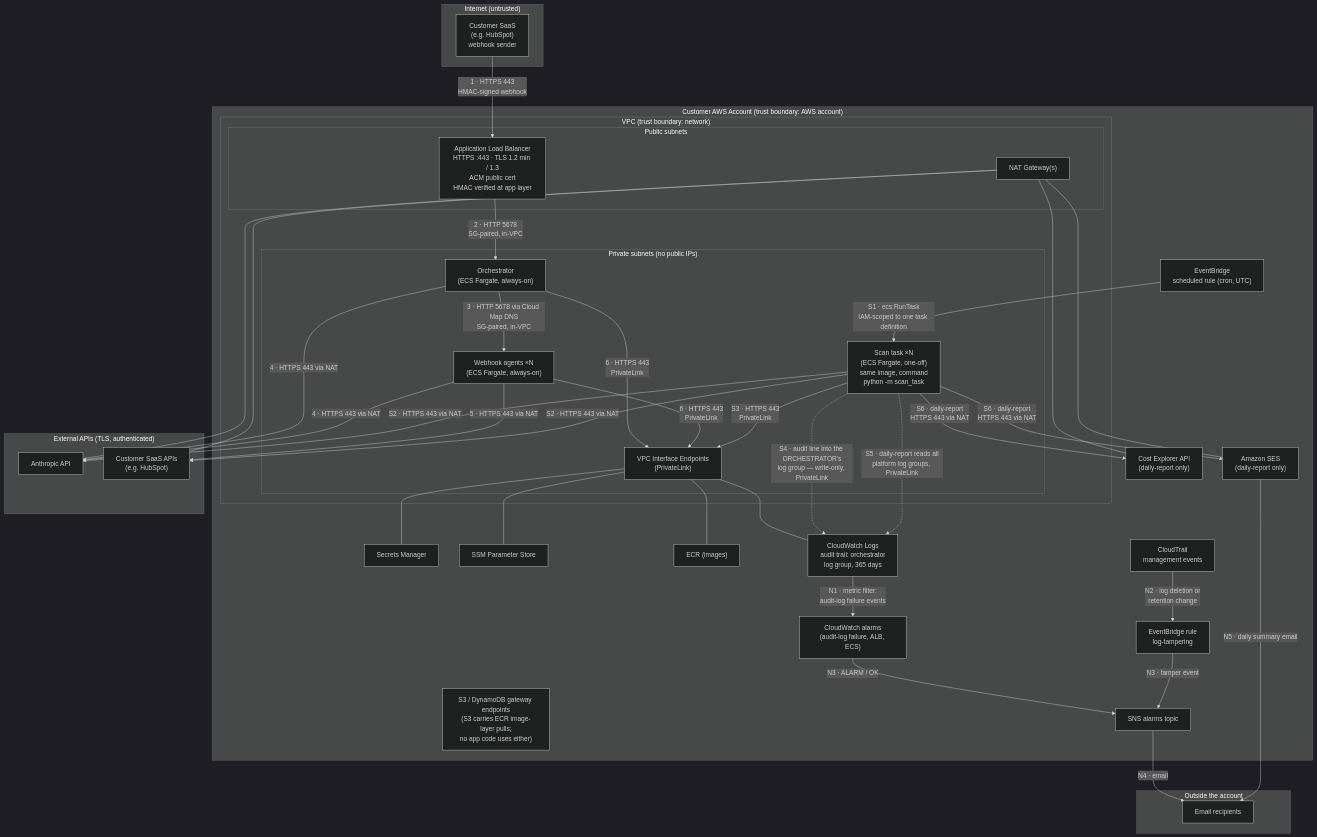
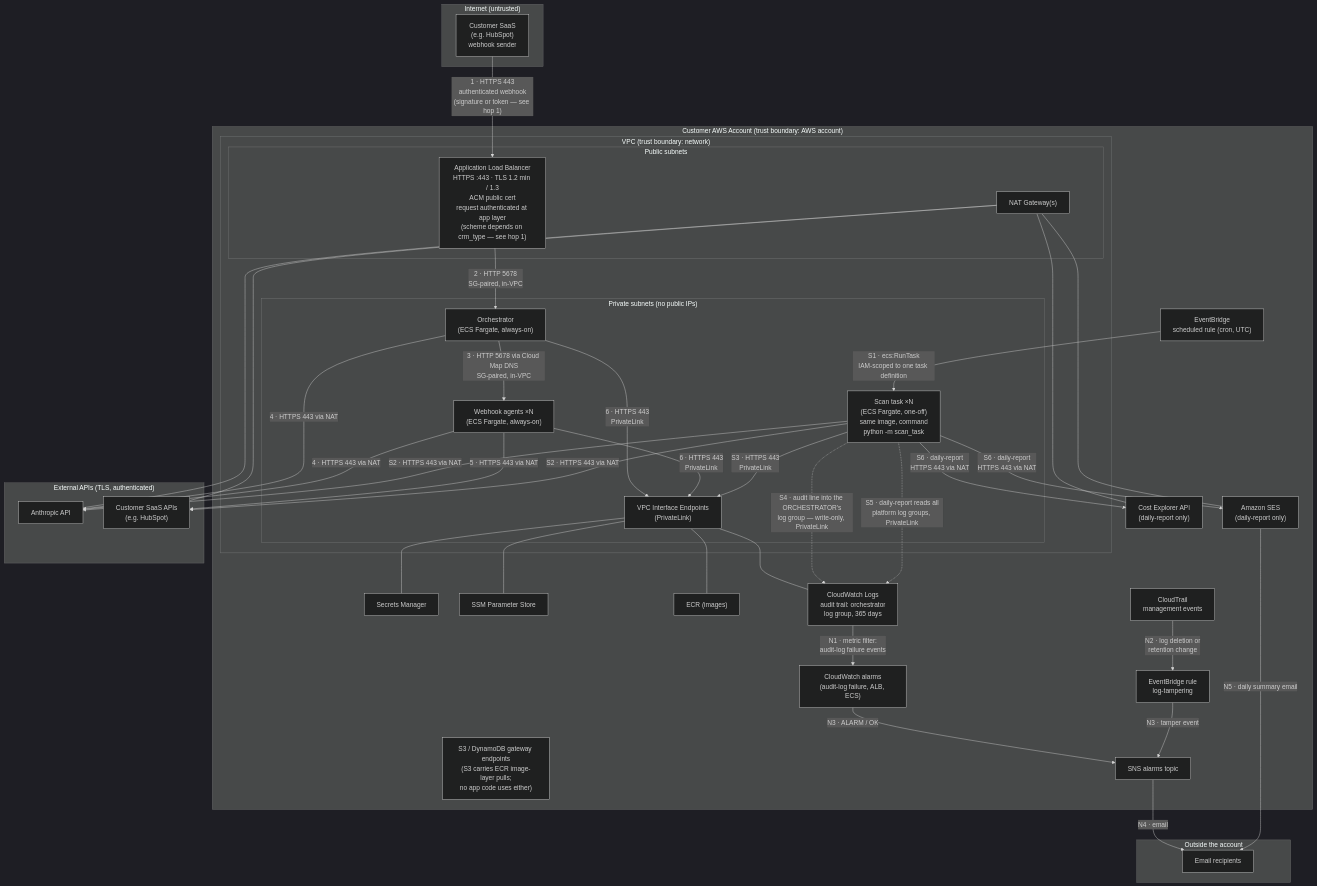
The diagram in docs/security/data-flow.md (revenue-growth-ai-org/rg-ai-agent-platform-docs), drawn with Mermaid (dark theme) before and after one commit.

Commit message:
docs(data-flow): stop the diagram naming HMAC as the webhook check (#44)
* docs(data-flow): stop the diagram naming HMAC as the webhook check

The diagram labelled the ALB "HMAC verified at app layer" and hop 1 an
"HMAC-signed webhook". That is only true for crm_type = "other". HubSpot
deployments verify HubSpot's v3 signature, and Salesforce deployments now
require the webhook secret in X-Webhook-Token plus an allowlisted
organizationId (#38). The prose hop table already said all three; only the
picture still named one scheme for all of them.

Both labels now point at hop 1 rather than naming a scheme, so the diagram
cannot drift again the next time the authentication path changes.

* chore: re-trigger checks

No content change. The push for 9034143 produced no workflow run, so the two
required status checks never appeared and the PR could not merge.

---------

````diff
--- a/docs/security/data-flow.md
+++ b/docs/security/data-flow.md
@@ -23,75 +23,75 @@
 ```mermaid
 flowchart TB
     subgraph INTERNET["Internet (untrusted)"]
         SAAS["Customer SaaS<br/>(e.g. HubSpot)<br/>webhook sender"]
     end
 
     subgraph CUSTACCT["Customer AWS Account (trust boundary: AWS account)"]
         subgraph VPC["VPC (trust boundary: network)"]
             subgraph PUB["Public subnets"]
-                ALB["Application Load Balancer<br/>HTTPS :443 · TLS 1.2 min / 1.3<br/>ACM public cert<br/>HMAC verified at app layer"]
+                ALB["Application Load Balancer<br/>HTTPS :443 · TLS 1.2 min / 1.3<br/>ACM public cert<br/>request authenticated at app layer<br/>(scheme depends on crm_type — see hop 1)"]
                 NAT["NAT Gateway(s)"]
             end
             subgraph PRIV["Private subnets (no public IPs)"]
                 ORCH["Orchestrator<br/>(ECS Fargate, always-on)"]
                 AGENTS["Webhook agents ×N<br/>(ECS Fargate, always-on)"]
                 SCAN["Scan task ×N<br/>(ECS Fargate, one-off)<br/>same image, command<br/>python -m scan_task"]
                 VPCE["VPC Interface Endpoints<br/>(PrivateLink)"]
             end
         end
         SM["Secrets Manager"]
         SSM["SSM Parameter Store"]
         ECR["ECR (images)"]
         CWL["CloudWatch Logs<br/>audit trail: orchestrator<br/>log group, 365 days"]
         EVB["EventBridge<br/>scheduled rule (cron, UTC)"]
         S3G["S3 / DynamoDB gateway endpoints<br/>(S3 carries ECR image-layer pulls;<br/>no app code uses either)"]
         CT["CloudTrail<br/>management events"]
         EVT["EventBridge rule<br/>log-tampering"]
         CWA["CloudWatch alarms<br/>(audit-log failure, ALB, ECS)"]
         SNS["SNS alarms topic"]
         SES["Amazon SES<br/>(daily-report only)"]
         CE["Cost Explorer API<br/>(daily-report only)"]
     end
 
     subgraph EXT["External APIs (TLS, authenticated)"]
         ANTH["Anthropic API"]
         CRM["Customer SaaS APIs<br/>(e.g. HubSpot)"]
     end
 
     subgraph OUTSIDE["Outside the account"]
         MAIL["Email recipients"]
     end
 
-    SAAS -- "1 · HTTPS 443<br/>HMAC-signed webhook" --> ALB
+    SAAS -- "1 · HTTPS 443<br/>authenticated webhook<br/>(signature or token — see hop 1)" --> ALB
     ALB -- "2 · HTTP 5678<br/>SG-paired, in-VPC" --> ORCH
     ORCH -- "3 · HTTP 5678 via Cloud Map DNS<br/>SG-paired, in-VPC" --> AGENTS
     ORCH -- "4 · HTTPS 443 via NAT" --> ANTH
     AGENTS -- "4 · HTTPS 443 via NAT" --> ANTH
     AGENTS -- "5 · HTTPS 443 via NAT" --> CRM
     ORCH -- "6 · HTTPS 443<br/>PrivateLink" --> VPCE
     AGENTS -- "6 · HTTPS 443<br/>PrivateLink" --> VPCE
     VPCE --- SM
     VPCE --- SSM
     VPCE --- ECR
     VPCE --- CWL
     NAT --- ANTH
     NAT --- CRM
     NAT --- SES
     NAT --- CE
 
     EVB -- "S1 · ecs:RunTask<br/>IAM-scoped to one task definition" --> SCAN
     SCAN -- "S2 · HTTPS 443 via NAT" --> ANTH
     SCAN -- "S2 · HTTPS 443 via NAT" --> CRM
     SCAN -- "S3 · HTTPS 443<br/>PrivateLink" --> VPCE
     SCAN -. "S4 · audit line into the ORCHESTRATOR's<br/>log group — write-only, PrivateLink" .-> CWL
     SCAN -. "S5 · daily-report reads all<br/>platform log groups, PrivateLink" .-> CWL
     SCAN -- "S6 · daily-report<br/>HTTPS 443 via NAT" --> SES
     SCAN -- "S6 · daily-report<br/>HTTPS 443 via NAT" --> CE
 
     CWL -- "N1 · metric filter:<br/>audit-log failure events" --> CWA
     CT -- "N2 · log deletion or<br/>retention change" --> EVT
     CWA -- "N3 · ALARM / OK" --> SNS
     EVT -- "N3 · tamper event" --> SNS
     SNS -- "N4 · email" --> MAIL
     SES -- "N5 · daily summary email" --> MAIL
 ```
````
